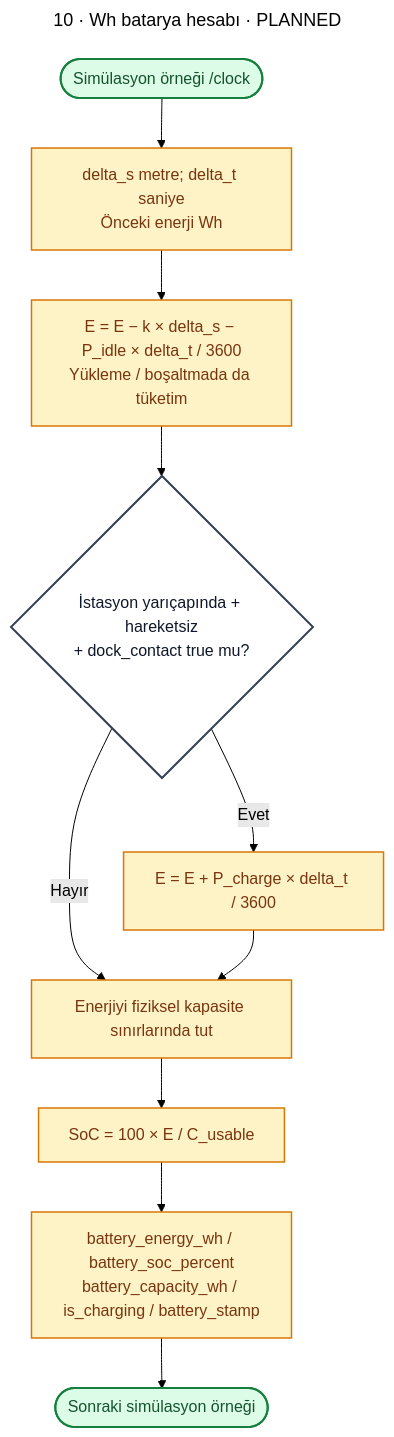
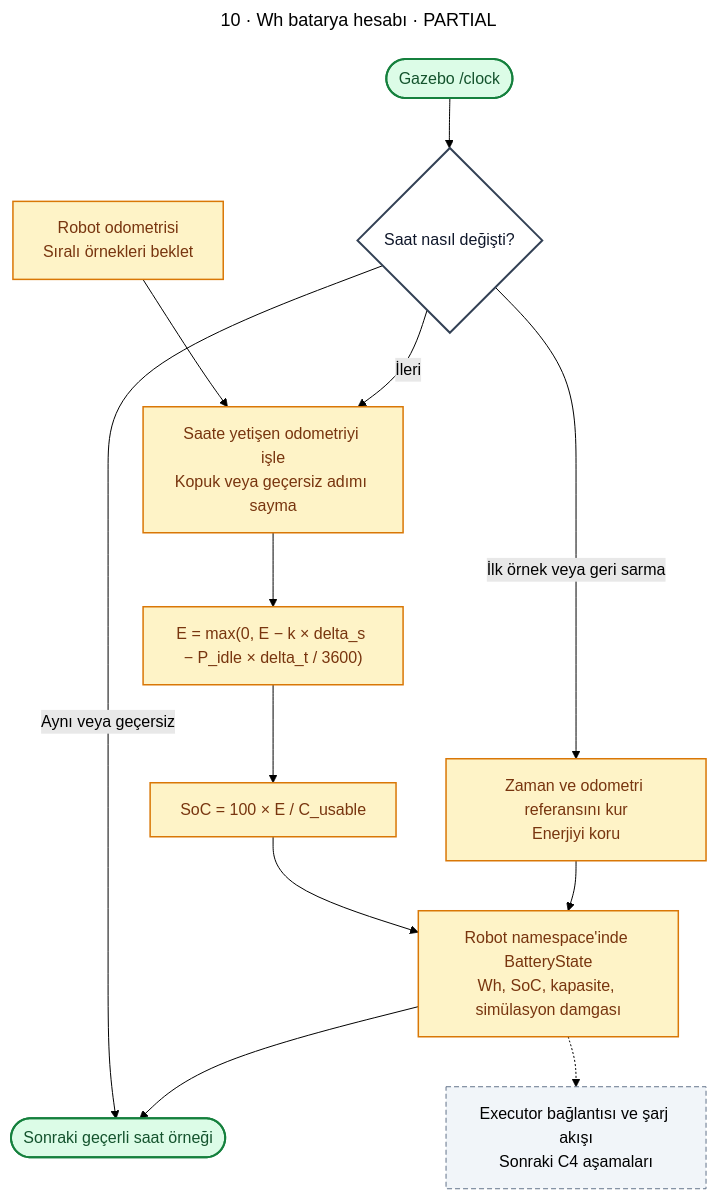
One commit to m-gnr/ros2-fleet-manager changed the tenth of 18 diagrams in docs/diagrams/README.md. Above: the diagram before and after it, drawn with Mermaid (forest theme). The commit also changed other lines of this file and 26 other files, not shown here.

Commit message:
feat(battery): implement simulation-time energy consumption

````diff
--- a/docs/diagrams/README.md
+++ b/docs/diagrams/README.md
@@ -589,26 +589,22 @@
 ```mermaid
 ---
-title: "10 · Wh batarya hesabı · PLANNED"
+title: "10 · Wh batarya hesabı · PARTIAL"
 ---
 flowchart TD
- A(["Simülasyon örneği /clock"]):::terminal --> IN["delta_s metre; delta_t saniye<br/>Önceki enerji Wh"]:::battery
- IN --> USE["E = E − k × delta_s − P_idle × delta_t / 3600<br/>Yükleme / boşaltmada da tüketim"]:::battery
- USE --> C{"İstasyon yarıçapında + hareketsiz<br/>+ dock_contact true mu?"}:::decision
- C -->|"Evet"| CH["E = E + P_charge × delta_t / 3600"]:::battery
- C -->|"Hayır"| LIM["Enerjiyi fiziksel kapasite sınırlarında tut"]:::battery
- CH --> LIM
- LIM --> SOC["SoC = 100 × E / C_usable"]:::battery
- SOC --> PUB["battery_energy_wh / battery_soc_percent<br/>battery_capacity_wh / is_charging / battery_stamp"]:::battery
- PUB --> NEXT(["Sonraki simülasyon örneği"]):::terminal
+ O["Robot odometrisi<br/>Sıralı örnekleri beklet"]:::battery --> D
+ C(["Gazebo /clock"]):::terminal --> T{"Saat nasıl değişti?"}:::decision
+ T -->|"İlk örnek veya geri sarma"| R["Zaman ve odometri referansını kur<br/>Enerjiyi koru"]:::battery
+ T -->|"Aynı veya geçersiz"| W(["Sonraki geçerli saat örneği"]):::terminal
+ T -->|"İleri"| D["Saate yetişen odometriyi işle<br/>Kopuk veya geçersiz adımı sayma"]:::battery
+ D --> E["E = max(0, E − k × delta_s − P_idle × delta_t / 3600)"]:::battery
+ E --> S["SoC = 100 × E / C_usable"]:::battery
+ S --> P["Robot namespace'inde BatteryState<br/>Wh, SoC, kapasite, simülasyon damgası"]:::battery
+ R --> P
+ P --> W
+ P -.-> F["Executor bağlantısı ve şarj akışı<br/>Sonraki C4 aşamaları"]:::planned
 
- classDef fm fill:#dbeafe,stroke:#2563eb,color:#172554,stroke-width:1.5px;
- classDef executor fill:#ede9fe,stroke:#7c3aed,color:#2e1065,stroke-width:1.5px;
- classDef nav fill:#ccfbf1,stroke:#0f766e,color:#134e4a,stroke-width:1.5px;
  classDef battery fill:#fef3c7,stroke:#d97706,color:#78350f,stroke-width:1.5px;
- classDef db fill:#e2e8f0,stroke:#475569,color:#0f172a,stroke-width:1.5px;
- classDef ui fill:#fce7f3,stroke:#be185d,color:#831843,stroke-width:1.5px;
  classDef decision fill:#fff,stroke:#334155,color:#0f172a,stroke-width:2px;
- classDef error fill:#fee2e2,stroke:#dc2626,color:#7f1d1d,stroke-width:2px;
- classDef wait fill:#fff7ed,stroke:#c2410c,color:#7c2d12,stroke-dasharray:5 3;
  classDef terminal fill:#dcfce7,stroke:#15803d,color:#14532d,stroke-width:2px;
+ classDef planned fill:#f1f5f9,stroke:#64748b,stroke-dasharray:5 3;
 ```
````
